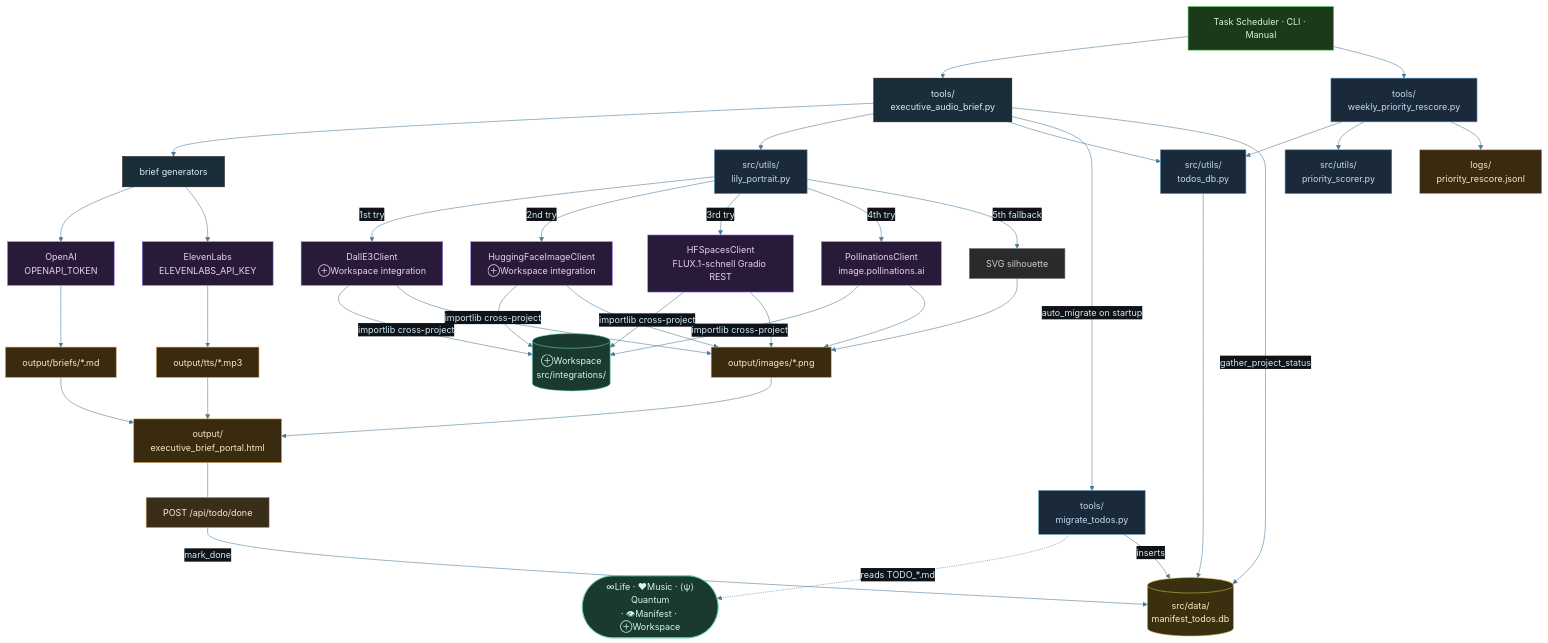
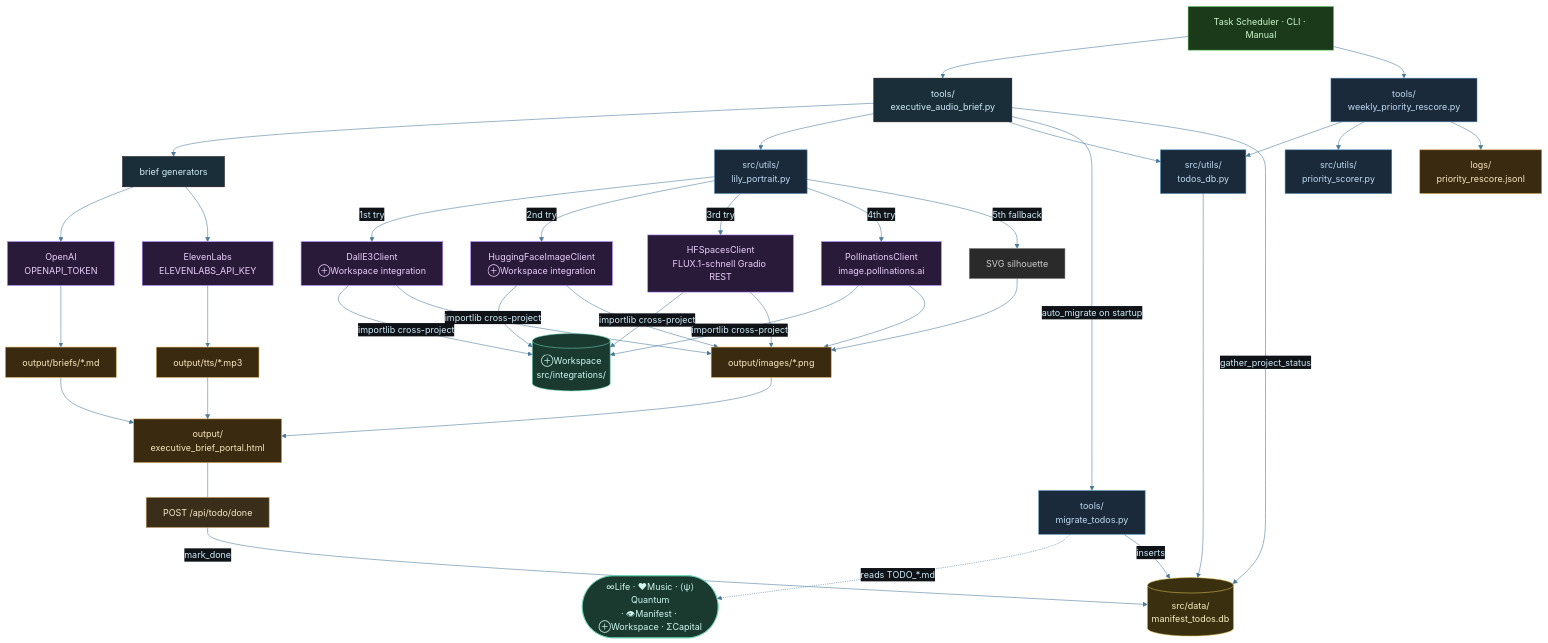
One commit to tylerdrakemusic/-Workspace changed the diagram in diagrams/manifest-architecture.mmd. Above: the diagram before and after it, drawn with Mermaid. The commit also changed 4 other files, not shown here.

```diff
--- a/diagrams/manifest-architecture.mmd
+++ b/diagrams/manifest-architecture.mmd
@@ -1,76 +1,76 @@
 %%{init: {'theme': 'base', 'themeVariables': {'primaryColor': '#1a2e3a', 'primaryTextColor': '#d0ecf8', 'edgeLabelBackground': '#0f1318', 'lineColor': '#4a7a9a'}}}%%
 graph TB
     Triggers[Task Scheduler · CLI · Manual] --> Tools[tools/<br/>executive_audio_brief.py]
     Tools --> Briefs[brief generators]
     Tools --> LilyPortrait[src/utils/<br/>lily_portrait.py]
     Briefs --> OpenAI[OpenAI<br/>OPENAPI_TOKEN]
     Briefs --> ElevenLabs[ElevenLabs<br/>ELEVENLABS_API_KEY]
     LilyPortrait -->|1st try| DallE3[DallE3Client<br/>⊕Workspace integration]
     LilyPortrait -->|2nd try| HFImage[HuggingFaceImageClient<br/>⊕Workspace integration]
     LilyPortrait -->|3rd try| HFSpaces[HFSpacesClient<br/>FLUX.1-schnell Gradio REST]
     LilyPortrait -->|4th try| Pollinations[PollinationsClient<br/>image.pollinations.ai]
     LilyPortrait -->|5th fallback| SVGFallback[SVG silhouette]
     DallE3 -->|importlib cross-project| WSIntegrations[(⊕Workspace<br/>src/integrations/)]
     HFImage -->|importlib cross-project| WSIntegrations
     HFSpaces -->|importlib cross-project| WSIntegrations
     Pollinations -->|importlib cross-project| WSIntegrations
     DallE3 --> ImagesOut[output/images/*.png]
     HFImage --> ImagesOut
     HFSpaces --> ImagesOut
     Pollinations --> ImagesOut
     SVGFallback --> ImagesOut
     ImagesOut --> Portal[output/<br/>executive_brief_portal.html]
     OpenAI --> TextOut[output/briefs/*.md]
     ElevenLabs --> AudioOut[output/tts/*.mp3]
     TextOut --> Portal
     AudioOut --> Portal
     %% PR#12 – todos DB
     TodosUtil[src/utils/<br/>todos_db.py]
     TodosDB[(src/data/<br/>manifest_todos.db)]
     MigrateScript[tools/<br/>migrate_todos.py]
-    AllProjects([∞Life · ❤Music · ⟨ψ⟩Quantum<br/>· 👁Manifest · ⊕Workspace])
+    AllProjects([∞Life · ❤Music · ⟨ψ⟩Quantum<br/>· 👁Manifest · ⊕Workspace · ΣCapital])
     TodoDoneAPI[POST /api/todo/done]
     Tools --> TodosUtil
     TodosUtil --> TodosDB
     MigrateScript -.->|reads TODO_*.md| AllProjects
     MigrateScript -->|inserts| TodosDB
     Tools -->|auto_migrate on startup| MigrateScript
     Tools -->|gather_project_status| TodosDB
     Portal --- TodoDoneAPI
     TodoDoneAPI -->|mark_done| TodosDB
     %% FR-20260524 – priority auto-rescorer
     RescorerTool[tools/<br/>weekly_priority_rescore.py]
     PriorityScorer[src/utils/<br/>priority_scorer.py]
     RescorerLog[logs/<br/>priority_rescore.jsonl]
     Triggers --> RescorerTool
     RescorerTool --> TodosUtil
     RescorerTool --> PriorityScorer
     RescorerTool --> RescorerLog
     class TodosDB db
     class TodosUtil,MigrateScript util
     class AllProjects ws
     class TodoDoneAPI manifest
     class Triggers trig
     class OpenAI,ElevenLabs,DallE3,HFImage,HFSpaces,Pollinations api
     class TextOut,AudioOut,Portal,ImagesOut out
     class WSIntegrations ws
     class LilyPortrait util
     class SVGFallback fallback
     class RescorerTool util
     class PriorityScorer util
     class RescorerLog out
 
 classDef life     fill:#1a2e3a,stroke:#6ab4d4,color:#d0ecf8
 classDef music    fill:#3a1a24,stroke:#d47a8f,color:#f8d0dc
 classDef quantum  fill:#251a3a,stroke:#a07adf,color:#e8d0f8
 classDef manifest fill:#3a2e1a,stroke:#d4a96a,color:#f8ead0
 classDef ws       fill:#1a3a30,stroke:#6ad4b4,color:#d0f8ee
 classDef tyler    fill:#2a1a3a,stroke:#9e4aff,color:#fff
 classDef ext      fill:#3a2020,stroke:#ff7a7a,color:#ffd0d0
 classDef db       fill:#3a3010,stroke:#d4c050,color:#f8f0c0
 classDef state    fill:#1a1a1a,stroke:#888888,color:#cccccc
 classDef api      fill:#2a1a3a,stroke:#9e7aff,color:#e8d0f8
 classDef trig     fill:#1a3a1a,stroke:#6ad46a,color:#d0f8d0
 classDef out      fill:#3a2a10,stroke:#d4a050,color:#f8e8c0
 classDef util     fill:#1a2a3a,stroke:#4a8ab4,color:#c0daf0
 classDef fallback fill:#2a2a2a,stroke:#888888,color:#cccccc
```
